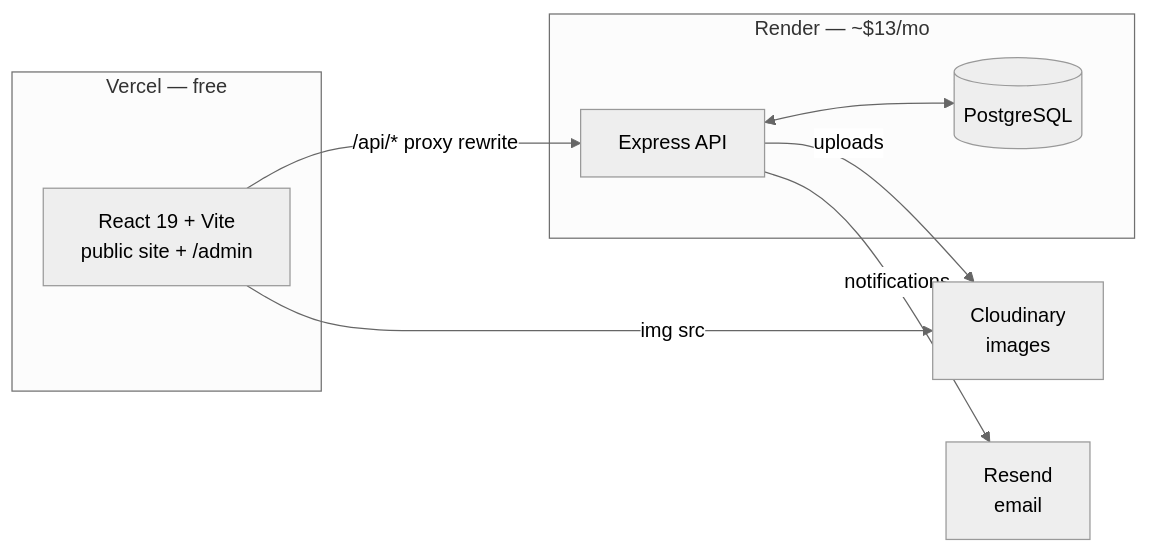
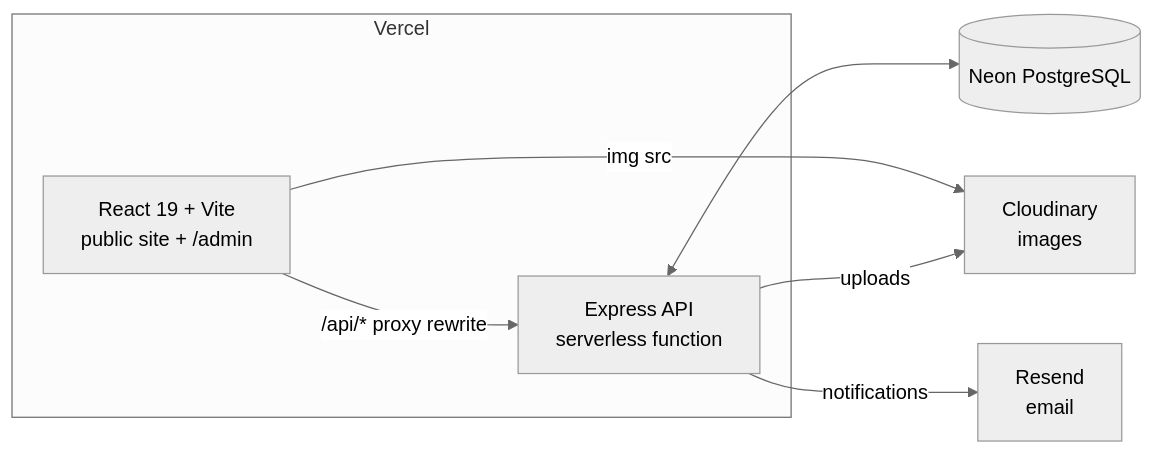
Before and after one commit to Yoni-Berihun/Yonatan-Developer-Chronicle: the diagram in README.md, drawn with Mermaid (neutral theme). The commit also changed other lines of this file and 35 other files, not shown here.

````diff
--- a/README.md
+++ b/README.md
@@ -42,18 +42,16 @@
 ```mermaid
 flowchart LR
-    subgraph V["Vercel — free"]
+    subgraph V["Vercel"]
         W["React 19 + Vite<br/>public site + /admin"]
+        A["Express API<br/>serverless function"]
     end
-    subgraph R["Render — ~$13/mo"]
-        A["Express API"]
-        D[("PostgreSQL")]
-        A <--> D
-    end
+    D[("Neon PostgreSQL")]
     C["Cloudinary<br/>images"]
     E["Resend<br/>email"]
 
     W -- "/api/* proxy rewrite" --> A
+    A <--> D
     W -- "img src" --> C
     A -- uploads --> C
     A -- notifications --> E
 ```
````
